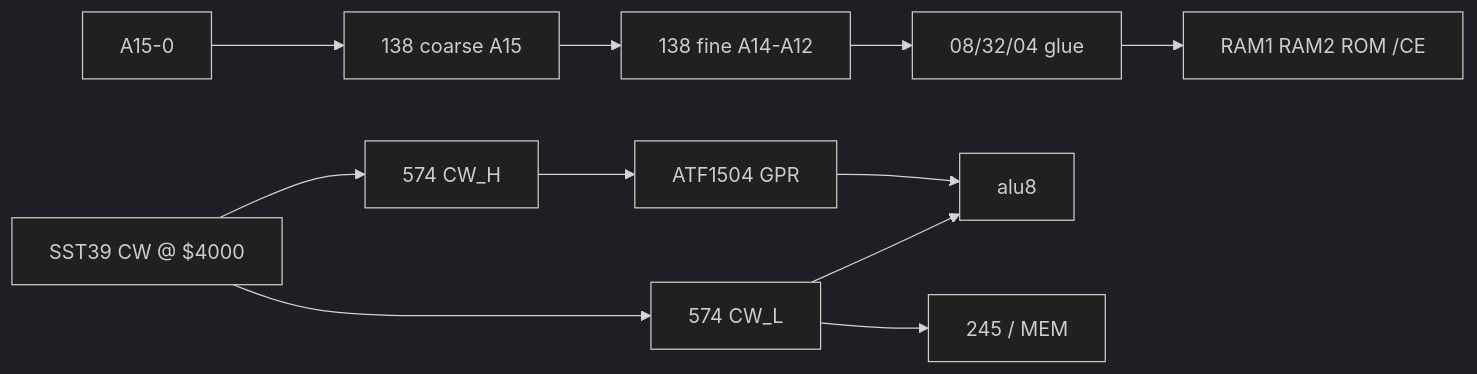
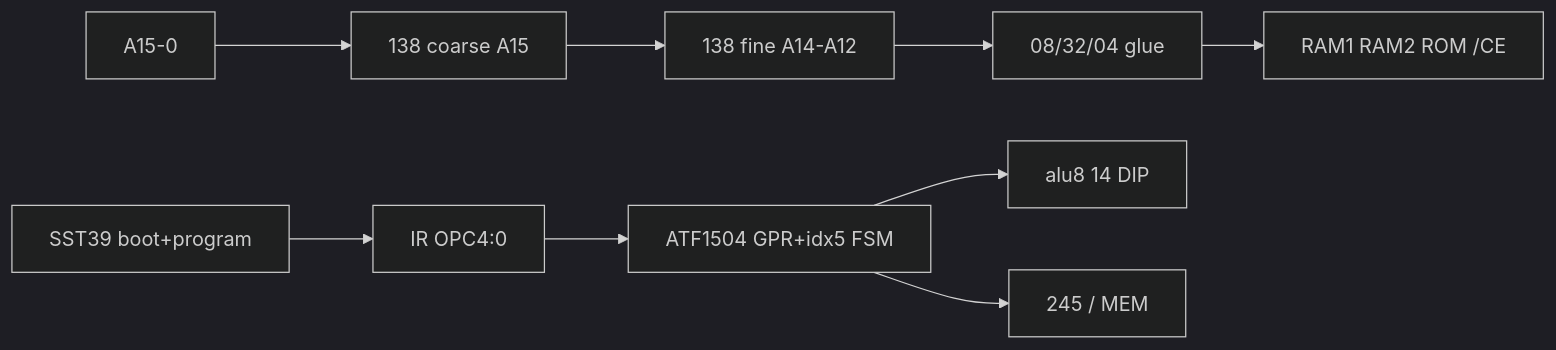
Before and after one commit to Flkalas/plover: the diagram in docs/hw-bringup/breadboard-wiring.md, drawn with Mermaid (dark theme). The commit also changed other lines of this file and 5 other files, not shown here.

````diff
--- a/docs/hw-bringup/breadboard-wiring.md
+++ b/docs/hw-bringup/breadboard-wiring.md
@@ -21,37 +11,15 @@
 ```mermaid
-
 flowchart LR
-
-  FLASH["SST39 CW @ $4000"]
-
-  CWL["574 CW_L"]
-
-  CWH["574 CW_H"]
-
-  CPLD["ATF1504 GPR"]
-
+  ROM["SST39 boot+program"]
+  CPLD["ATF1504 GPR+idx5 FSM"]
   I1["138 coarse A15"]
-
   I2["138 fine A14-A12"]
-
   G["08/32/04 glue"]
-
-  ALU["alu8"]
-
-  FLASH --> CWL
-
-  FLASH --> CWH
-
-  CWL --> ALU
-
-  CWL --> BUS["245 / MEM"]
-
-  CWH --> CPLD
-
+  ALU["alu8 14 DIP"]
+  IR["IR OPC4:0"] --> CPLD
+  ROM --> IR
   CPLD --> ALU
-
+  CPLD --> BUS["245 / MEM"]
   ADDR["A15-0"] --> I1 --> I2 --> G
-
   G --> CS["RAM1 RAM2 ROM /CE"]
-
 ```
````
